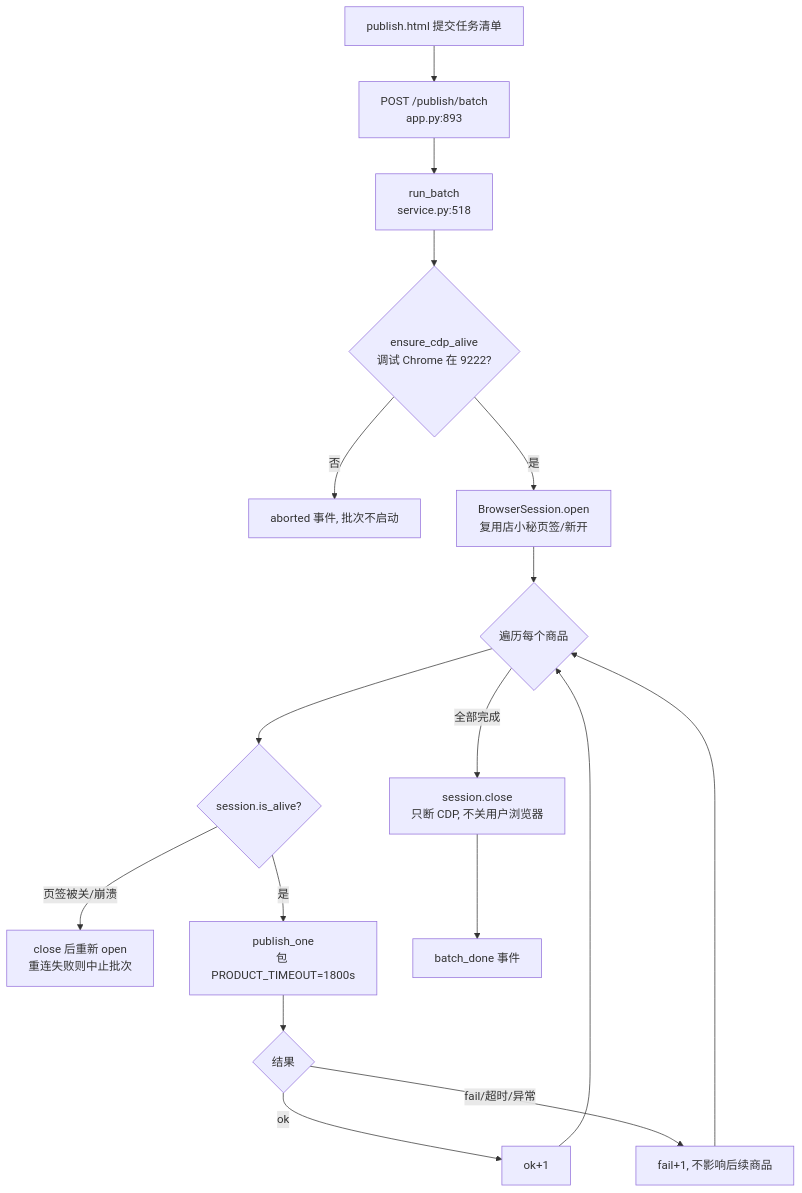
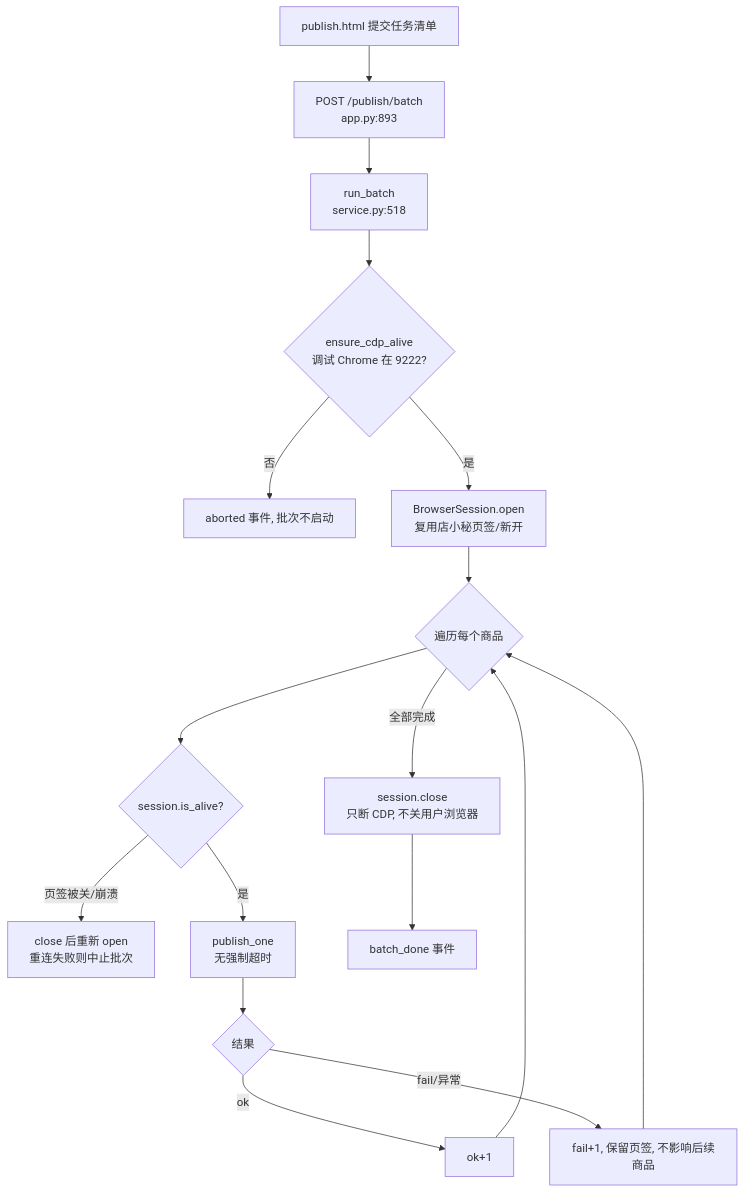
Before and after one commit to ckenkuo/manus-gui: the first of 4 diagrams in docs/publish-workflow-overview.md, drawn with Mermaid. The commit also changed other lines of this file and 4 other files, not shown here.

````diff
--- a/docs/publish-workflow-overview.md
+++ b/docs/publish-workflow-overview.md
@@ -9,19 +9,19 @@
 ```mermaid
 flowchart TD
     A[publish.html 提交任务清单] --> B[POST /publish/batch<br/>app.py:893]
     B --> C[run_batch<br/>service.py:518]
     C --> D{ensure_cdp_alive<br/>调试 Chrome 在 9222?}
     D -- 否 --> Z1[aborted 事件, 批次不启动]
     D -- 是 --> E[BrowserSession.open<br/>复用店小秘页签/新开]
     E --> F{遍历每个商品}
     F --> G{session.is_alive?}
     G -- 页签被关/崩溃 --> G1[close 后重新 open<br/>重连失败则中止批次]
-    G -- 是 --> H[publish_one<br/>包 PRODUCT_TIMEOUT=1800s]
+    G -- 是 --> H[publish_one<br/>无强制超时]
     H --> H1{结果}
     H1 -- ok --> I[ok+1]
-    H1 -- fail/超时/异常 --> J[fail+1, 不影响后续商品]
+    H1 -- fail/异常 --> J[fail+1, 保留页签, 不影响后续商品]
     I --> F
     J --> F
     F -- 全部完成 --> K[session.close<br/>只断 CDP, 不关用户浏览器]
     K --> L[batch_done 事件]
 ```
````
